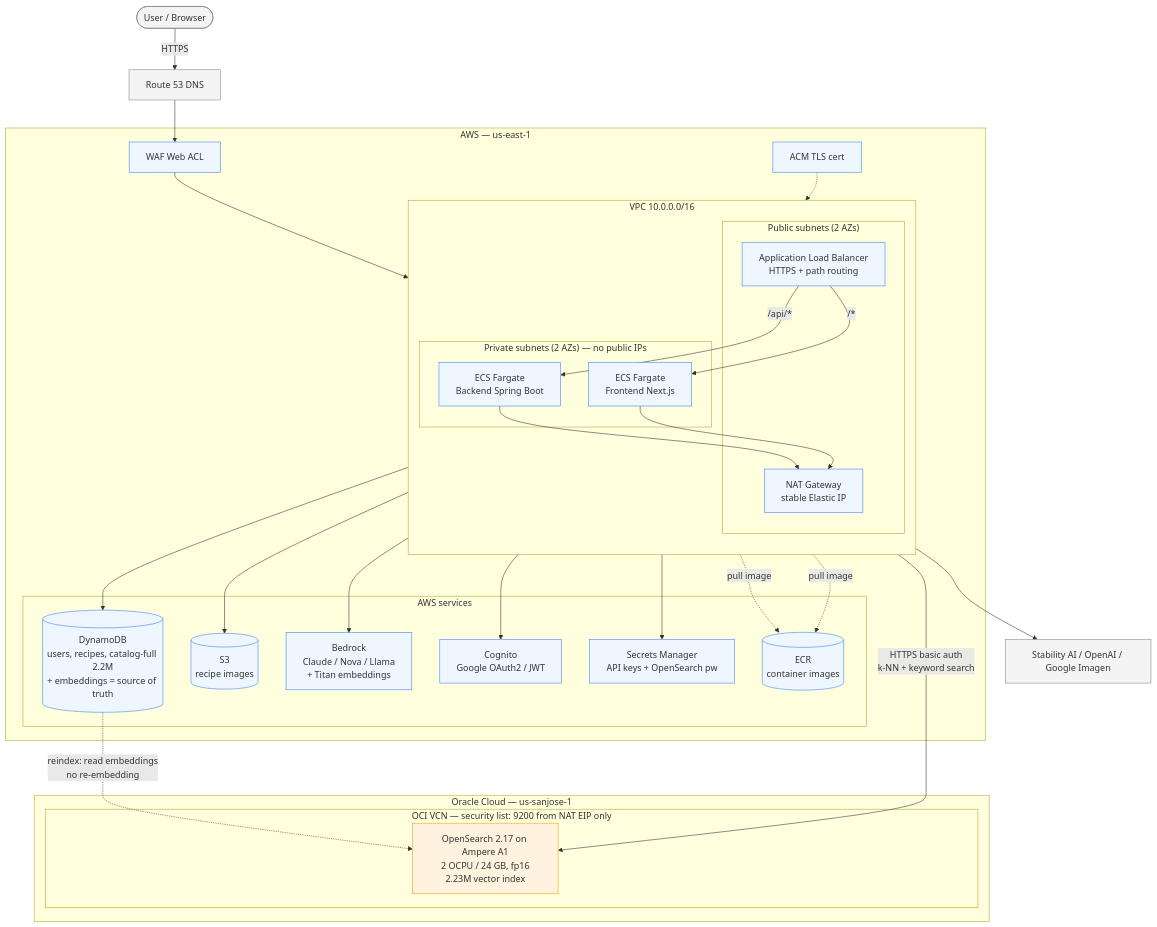
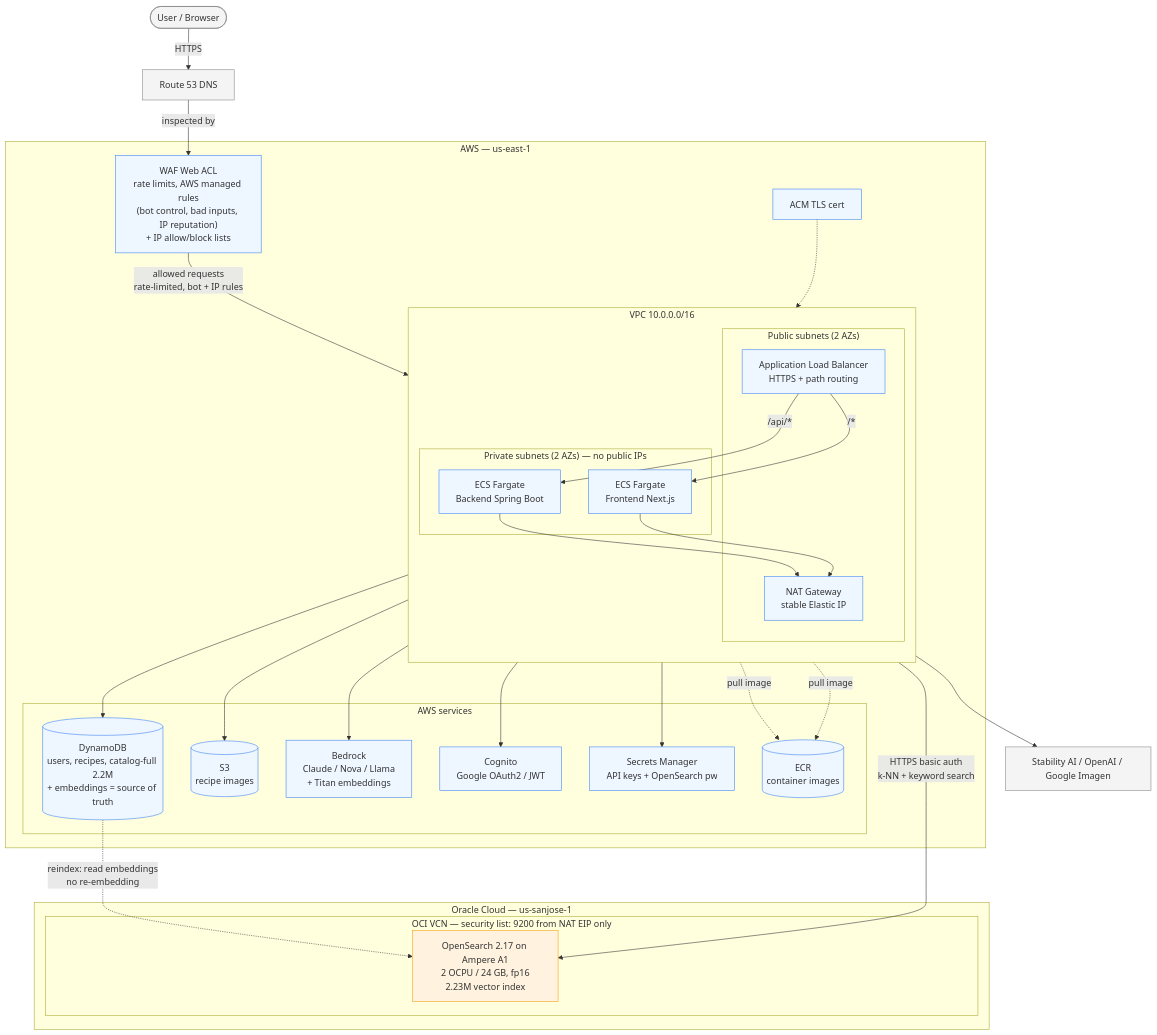
One commit to guidoasbun/recipe-ai-finder-v2-J changed the diagram in documents/architecture.md. Above: the diagram before and after it, drawn with Mermaid. The commit also changed other lines of this file and 2 other files, not shown here.

Commit message:
docs: remove outdated architecture PNG; make WAF explicit in the diagram
- delete images/Deployment-Archetecture.png (superseded by the Mermaid diagram)
- WAF Web ACL node now spells out its role (rate limits, AWS managed rules for
  bot control / bad inputs / IP reputation, IP allow/block lists) and the ingress
  edges show it inspecting every request before the ALB
- architecture.md legend expands the WAF explanation
- diagram re-validated with mermaid-cli

````diff
--- a/documents/architecture.md
+++ b/documents/architecture.md
@@ -9,68 +9,70 @@
 ```mermaid
 flowchart TB
     user([User / Browser])
     dns[Route 53 DNS]
 
     subgraph aws["AWS — us-east-1"]
         acm[ACM TLS cert]
-        waf[WAF Web ACL]
+        waf["WAF Web ACL<br/>rate limits, AWS managed rules<br/>(bot control, bad inputs, IP reputation)<br/>+ IP allow/block lists"]
 
         subgraph vpc["VPC 10.0.0.0/16"]
             direction TB
             subgraph public["Public subnets (2 AZs)"]
                 alb[Application Load Balancer<br/>HTTPS + path routing]
                 nat[NAT Gateway<br/>stable Elastic IP]
             end
             subgraph private["Private subnets (2 AZs) — no public IPs"]
                 fe[ECS Fargate<br/>Frontend Next.js]
                 be[ECS Fargate<br/>Backend Spring Boot]
             end
         end
 
         subgraph awssvc["AWS services"]
             ddb[(DynamoDB<br/>users, recipes, catalog-full 2.2M<br/>+ embeddings = source of truth)]
             s3[(S3<br/>recipe images)]
             bedrock[Bedrock<br/>Claude / Nova / Llama<br/>+ Titan embeddings]
             cognito[Cognito<br/>Google OAuth2 / JWT]
             secrets[Secrets Manager<br/>API keys + OpenSearch pw]
             ecr[(ECR<br/>container images)]
         end
     end
 
     subgraph oci["Oracle Cloud — us-sanjose-1"]
         subgraph ocivcn["OCI VCN — security list: 9200 from NAT EIP only"]
             os[OpenSearch 2.17 on Ampere A1<br/>2 OCPU / 24 GB, fp16<br/>2.23M vector index]
         end
     end
 
     imggen[Stability AI / OpenAI / Google Imagen]
 
-    %% ingress
-    user -->|HTTPS| dns --> waf --> alb
+    %% ingress — every request is inspected by the WAF before the ALB
+    user -->|HTTPS| dns
+    dns -->|inspected by| waf
+    waf -->|allowed requests<br/>rate-limited, bot + IP rules| alb
     acm -.-> alb
     alb -->|/*| fe
     alb -->|/api/*| be
 
     %% backend egress all flows through the NAT
     be --> nat
     fe --> nat
     nat --> bedrock
     nat --> ddb
     nat --> s3
     nat --> cognito
     nat --> secrets
     nat -->|HTTPS basic auth<br/>k-NN + keyword search| os
     nat --> imggen
     fe -. pull image .-> ecr
     be -. pull image .-> ecr
 
     %% search index is derived from DynamoDB (rebuilt, no re-embed)
     ddb -. reindex: read embeddings<br/>no re-embedding .-> os
 
     classDef edge fill:#f4f4f4,stroke:#888;
     classDef awsbox fill:#eef6ff,stroke:#3b82f6;
     classDef ocibox fill:#fff3e0,stroke:#f59e0b;
     class user,dns,imggen edge;
     class alb,nat,fe,be,ddb,s3,bedrock,cognito,secrets,ecr,acm,waf awsbox;
     class os ocibox;
 ```
````
